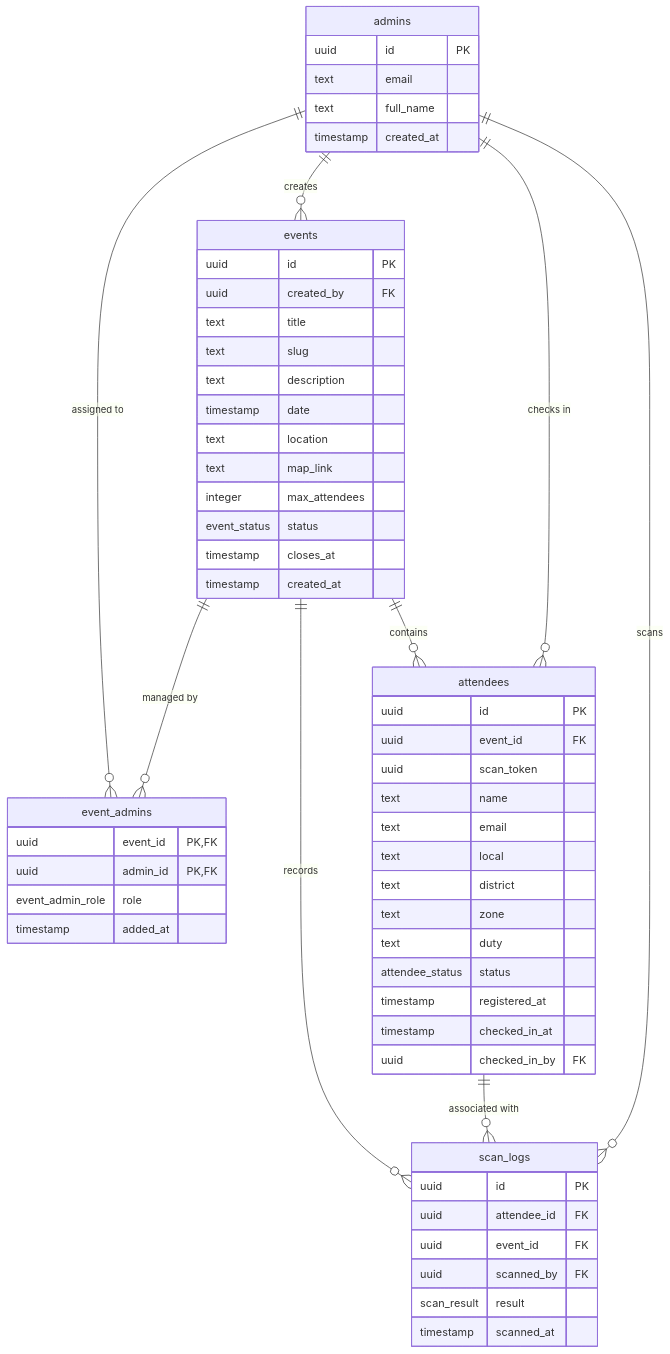
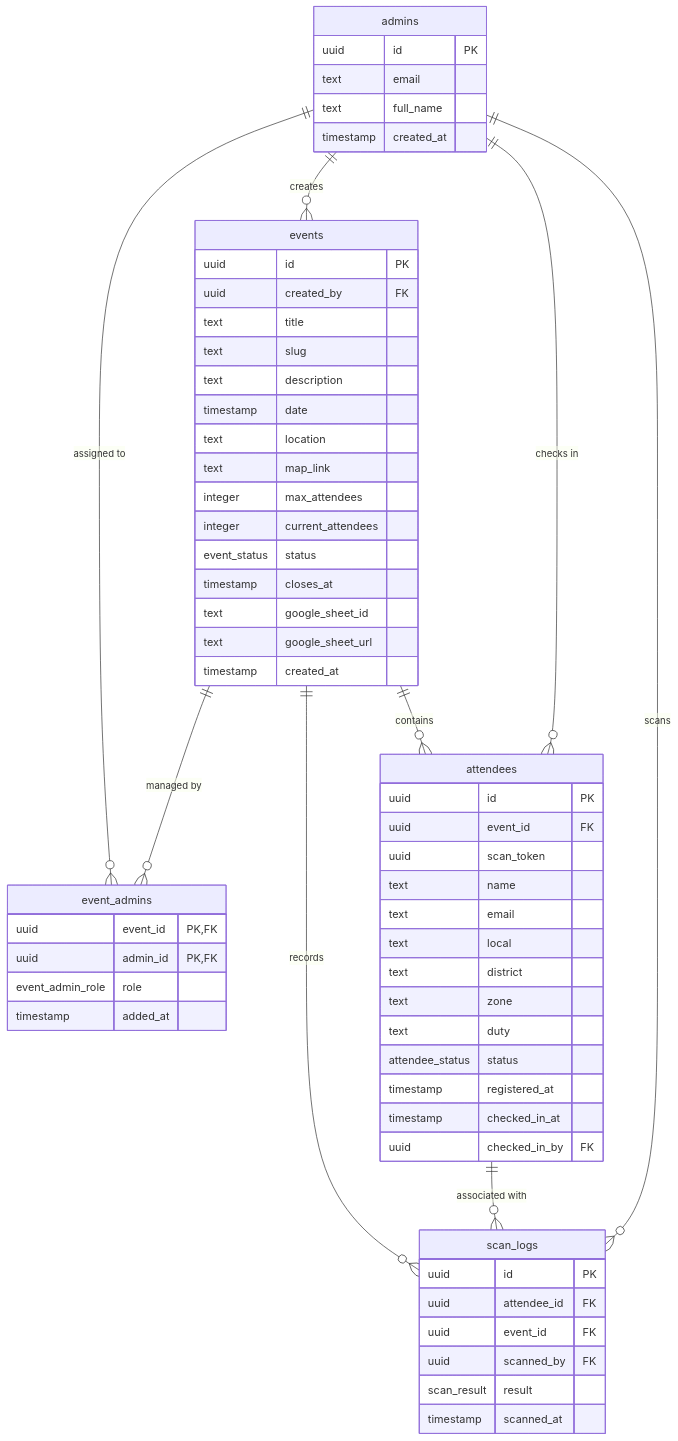
Before and after one commit to christian1202/FlowCheck: the diagram in docs/database-schema.md, drawn with Mermaid. The commit also changed other lines of this file and 38 other files, not shown here.

````diff
--- a/docs/database-schema.md
+++ b/docs/database-schema.md
@@ -9,65 +9,68 @@
 ```mermaid
 erDiagram
     admins ||--o{ events : "creates"
     admins ||--o{ event_admins : "assigned to"
     events ||--o{ event_admins : "managed by"
     events ||--o{ attendees : "contains"
     events ||--o{ scan_logs : "records"
     attendees ||--o{ scan_logs : "associated with"
     admins ||--o{ attendees : "checks in"
     admins ||--o{ scan_logs : "scans"
 
     admins {
         uuid id PK
         text email
         text full_name
         timestamp created_at
     }
 
     events {
         uuid id PK
         uuid created_by FK
         text title
         text slug
         text description
         timestamp date
         text location
         text map_link
         integer max_attendees
+        integer current_attendees
         event_status status
         timestamp closes_at
+        text google_sheet_id
+        text google_sheet_url
         timestamp created_at
     }
 
     event_admins {
         uuid event_id PK, FK
         uuid admin_id PK, FK
         event_admin_role role
         timestamp added_at
     }
 
     attendees {
         uuid id PK
         uuid event_id FK
         uuid scan_token
         text name
         text email
         text local
         text district
         text zone
         text duty
         attendee_status status
         timestamp registered_at
         timestamp checked_in_at
         uuid checked_in_by FK
     }
 
     scan_logs {
         uuid id PK
         uuid attendee_id FK
         uuid event_id FK
         uuid scanned_by FK
         scan_result result
         timestamp scanned_at
     }
 ```
````
